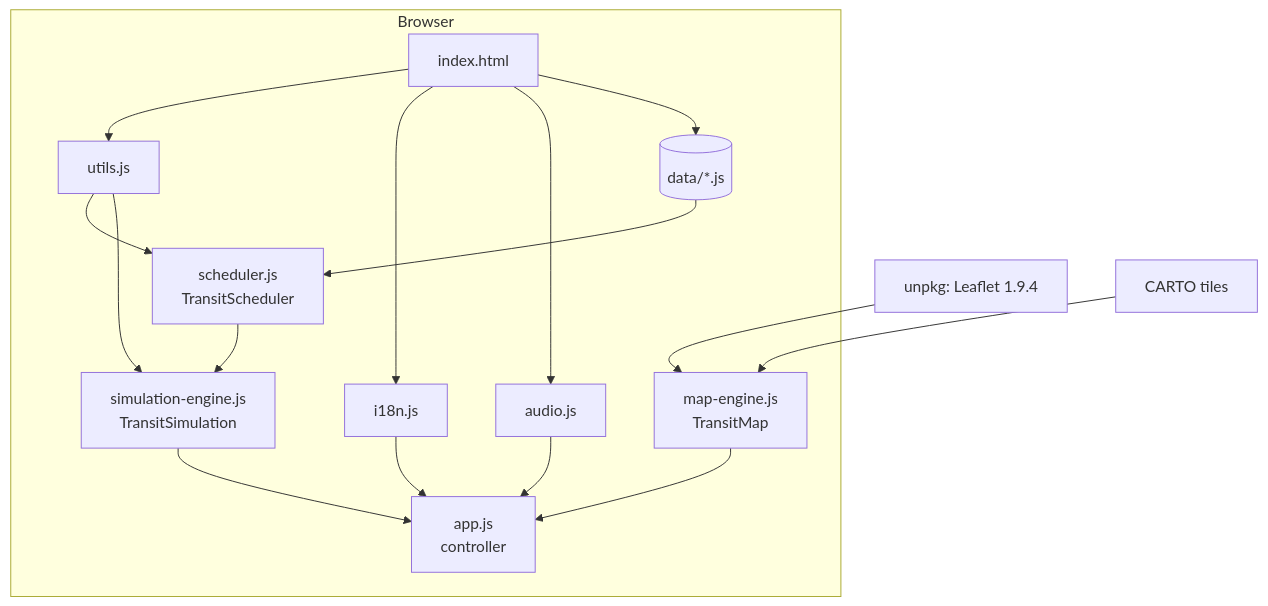
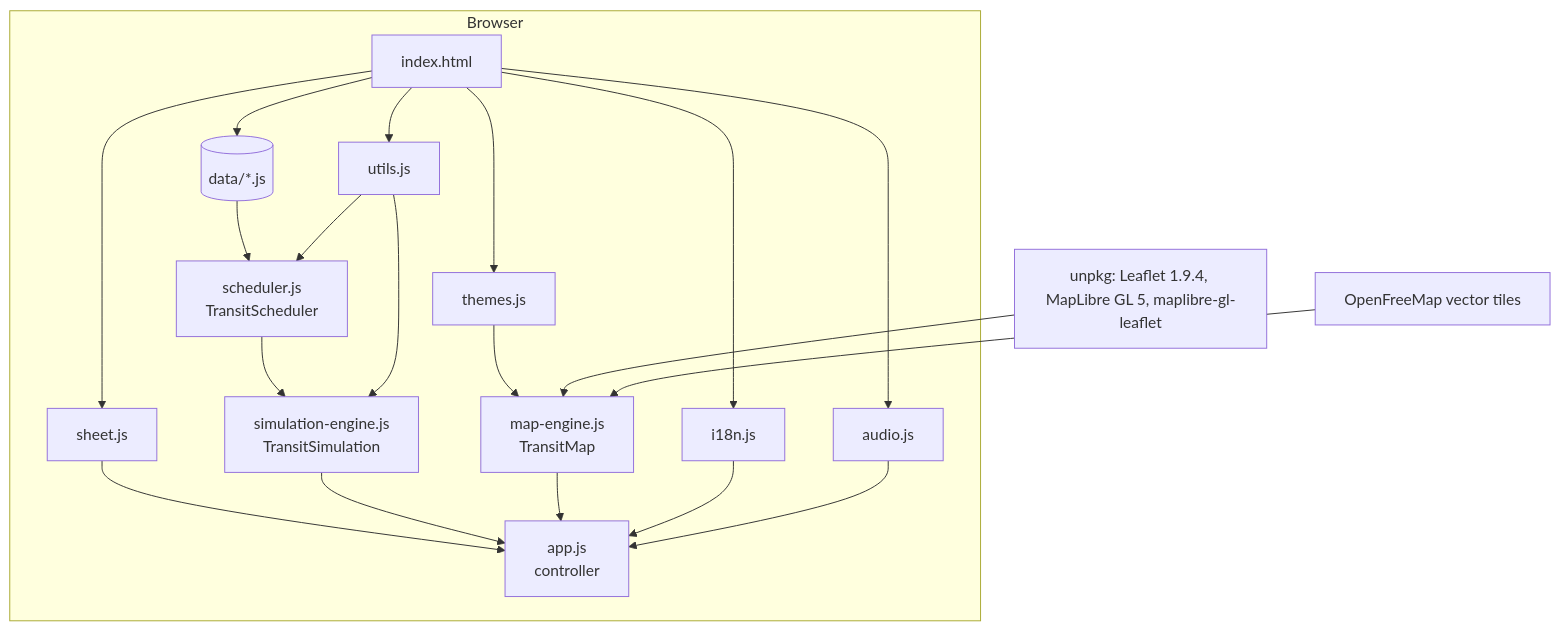
The first of 2 diagrams in docs/ARCHITECTURE.md (DeveloperMatt02/milano-transit-simulator), drawn with Mermaid before and after one commit. The commit also changed other lines of this file and 17 other files, not shown here.

Commit message:
v2: OpenFreeMap base map, Noorda and Fiord themes, mobile layout

````diff
--- a/docs/ARCHITECTURE.md
+++ b/docs/ARCHITECTURE.md
@@ -34,19 +35,23 @@
 ```mermaid
 graph TD
     subgraph browser [Browser]
         HTML[index.html] --> U[utils.js]
         HTML --> I[i18n.js]
         HTML --> AU[audio.js]
+        HTML --> TH[themes.js]
+        HTML --> SH[sheet.js]
+        TH --> MAP
+        SH --> APP
         HTML --> D[(data/*.js)]
         D --> S[scheduler.js<br/>TransitScheduler]
         S --> SIM[simulation-engine.js<br/>TransitSimulation]
         SIM --> APP[app.js<br/>controller]
         MAP[map-engine.js<br/>TransitMap] --> APP
         I --> APP
         AU --> APP
         U --> S
         U --> SIM
     end
-    CDN[unpkg: Leaflet 1.9.4] --> MAP
-    TILES[CARTO tiles] --> MAP
+    CDN[unpkg: Leaflet 1.9.4, MapLibre GL 5, maplibre-gl-leaflet] --> MAP
+    TILES[OpenFreeMap vector tiles] --> MAP
 ```
````
